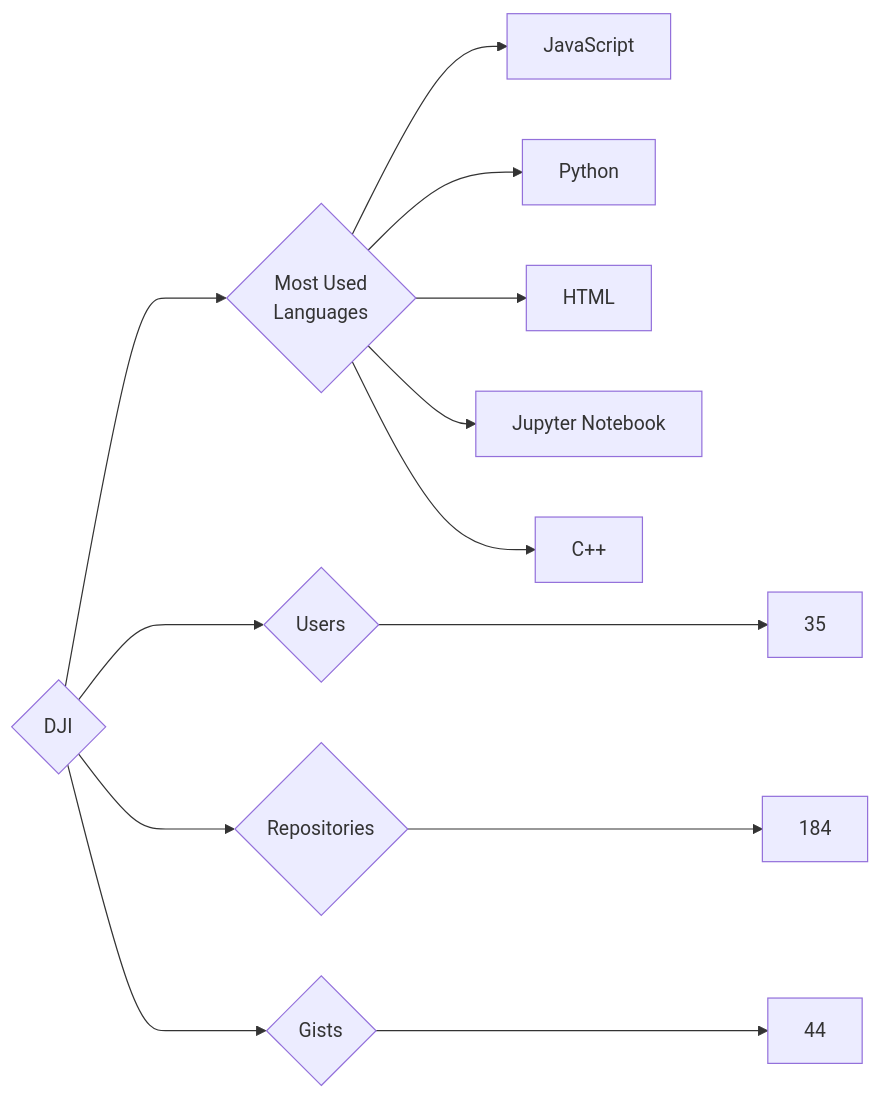
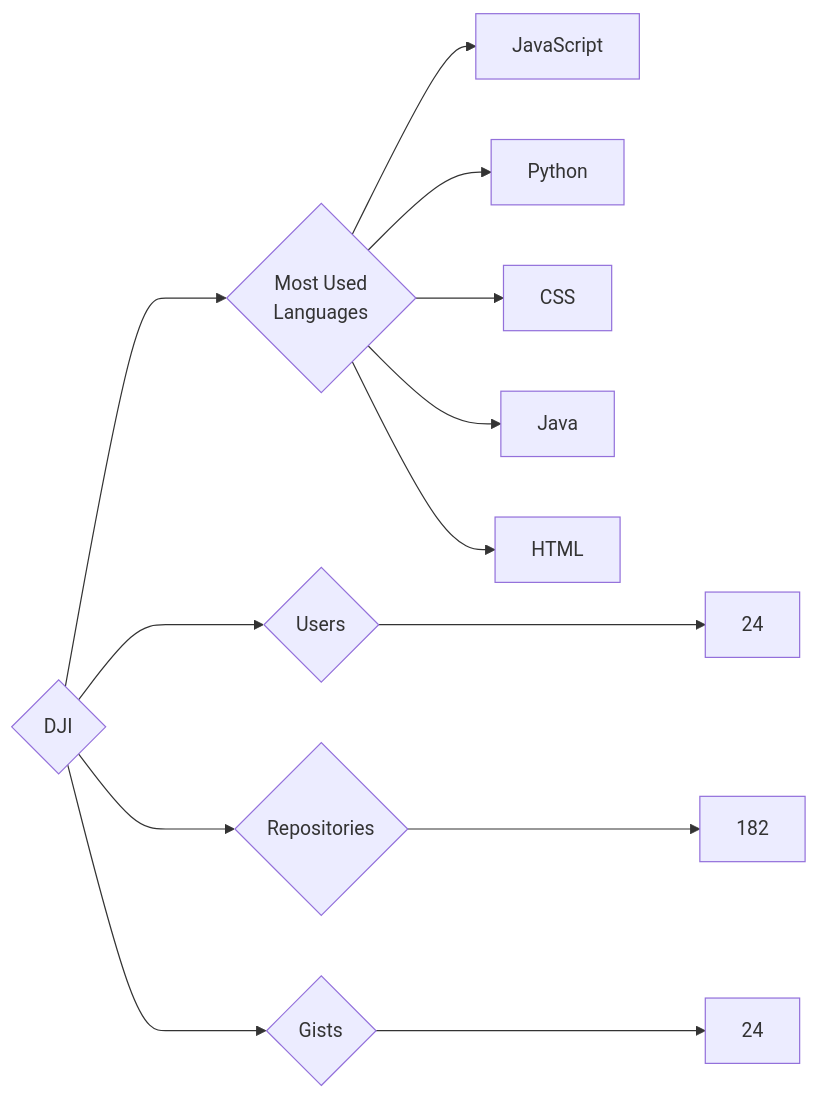
One commit to trickest/insiders changed the diagram in targets/DJI/README.md. Above: the diagram before and after it, drawn with Mermaid. The commit also changed 757 other files, not shown here.

````diff
--- a/targets/DJI/README.md
+++ b/targets/DJI/README.md
@@ -3,13 +3,13 @@
 ```mermaid
 graph LR
 COMPANY_NAME{DJI}
-COMPANY_NAME ---> U{Users} ---> UN[35]
-COMPANY_NAME ---> R{Repositories} ---> RN[184]
-COMPANY_NAME ---> G{Gists} ---> GN[44]
+COMPANY_NAME ---> U{Users} ---> UN[24]
+COMPANY_NAME ---> R{Repositories} ---> RN[182]
+COMPANY_NAME ---> G{Gists} ---> GN[24]
 COMPANY_NAME ---> ML{Most Used<br>Languages}
 ML --> JavaScript[JavaScript]
 ML --> Python[Python]
+ML --> CSS[CSS]
+ML --> Java[Java]
 ML --> HTML[HTML]
-ML --> Jupyter_Notebook[Jupyter Notebook]
-ML --> C++[C++]
 ```
````
